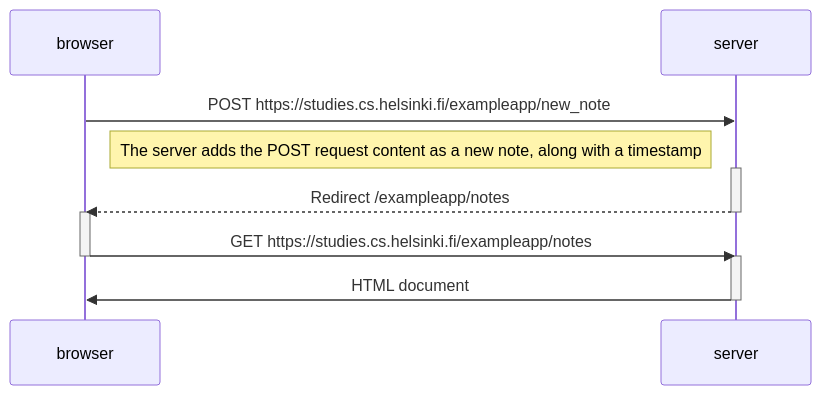
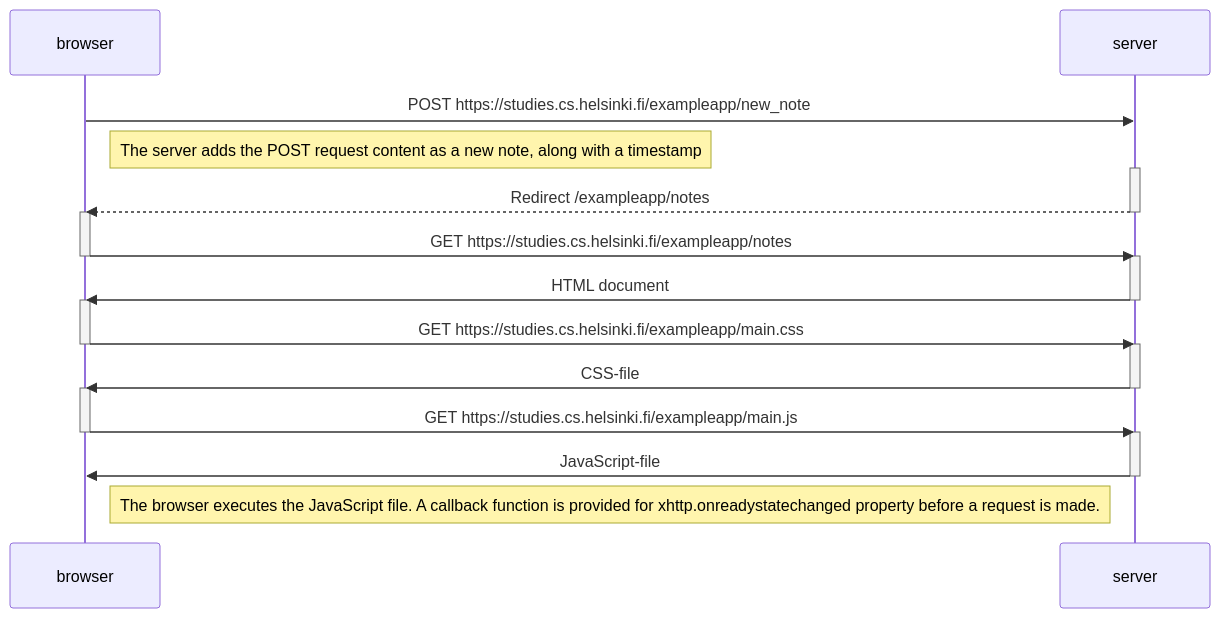
The diagram in osa0/0.4 uusi muistiinpano.md (Willowfang/FullStackOpen), drawn with Mermaid before and after one commit.

Commit message:
Update 0.4 uusi muistiinpano.md

````diff
--- a/osa0/0.4 uusi muistiinpano.md
+++ b/osa0/0.4 uusi muistiinpano.md
@@ -1,20 +1,38 @@
 ```mermaid
 sequenceDiagram
     participant browser
     participant server
 
     browser->>server: POST https://studies.cs.helsinki.fi/exampleapp/new_note
     Note right of browser: The server adds the POST request content as a new note, along with a timestamp
 
     activate server
     server-->>browser: Redirect /exampleapp/notes
     deactivate server
 
     activate browser
     browser->>server: GET https://studies.cs.helsinki.fi/exampleapp/notes
     deactivate browser
 
     activate server
     server->>browser: HTML document
     deactivate server
+
+    activate browser
+    browser->>server: GET https://studies.cs.helsinki.fi/exampleapp/main.css
+    deactivate browser
+
+    activate server
+    server->>browser: CSS-file
+    deactivate server
+
+    activate browser
+    browser->>server: GET https://studies.cs.helsinki.fi/exampleapp/main.js
+    deactivate browser
+
+    activate server
+    server->>browser: JavaScript-file
+    deactivate server
+
+    Note right of browser: The browser executes the JavaScript file. A callback function is provided for xhttp.onreadystatechanged property before a request is made.
 ```
````
